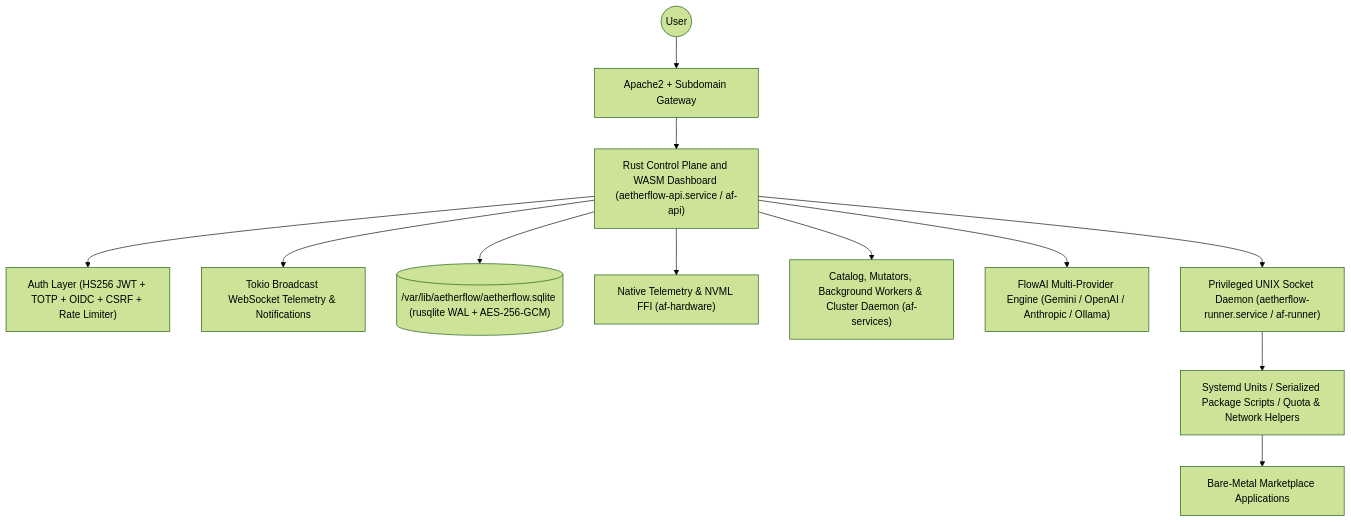
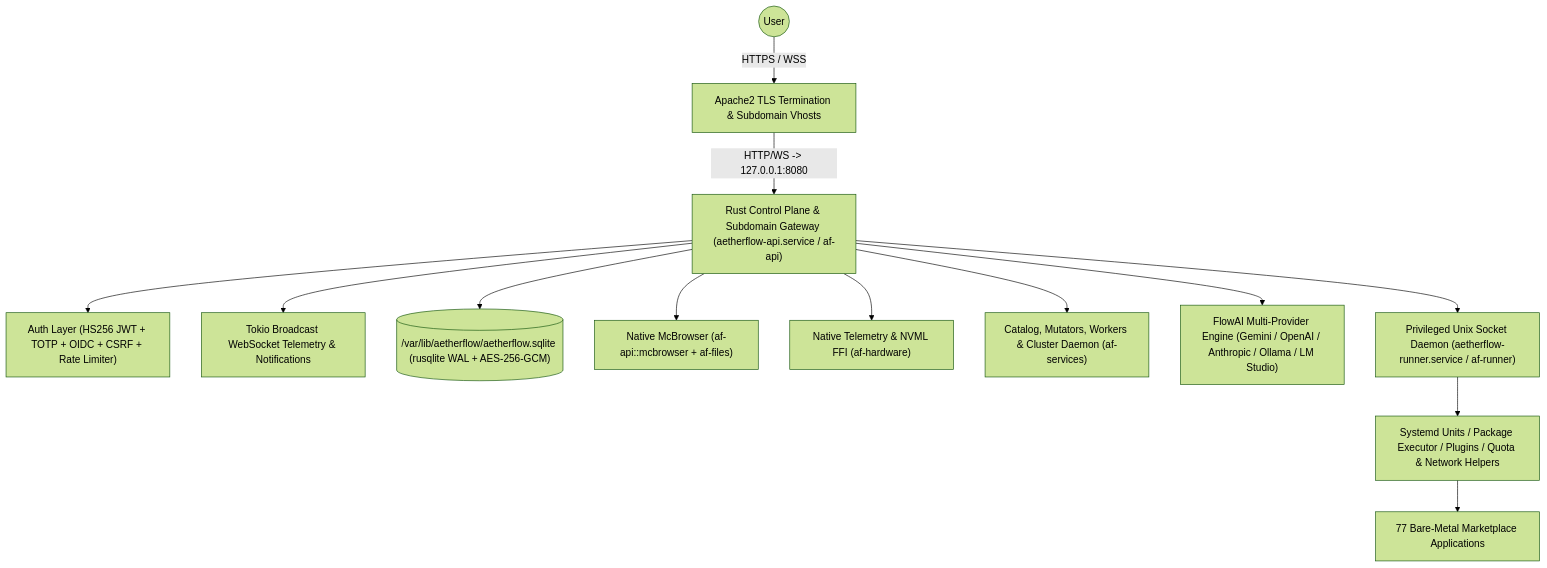
The diagram in docs/architecture.md (McEveritts/AetherFlow), drawn with Mermaid (forest theme) before and after one commit. The commit also changed other lines of this file and 42 other files, not shown here.

````diff
--- a/docs/architecture.md
+++ b/docs/architecture.md
@@ -7,14 +7,15 @@
 ```mermaid
 graph TD
-    User((User)) --> Apache["Apache2 + Subdomain Gateway"]
-    Apache --> API["Rust Control Plane and WASM Dashboard (aetherflow-api.service / af-api)"]
+    User((User)) -->|"HTTPS / WSS"| Apache["Apache2 TLS Termination & Subdomain Vhosts"]
+    Apache -->|"HTTP/WS -> 127.0.0.1:8080"| API["Rust Control Plane & Subdomain Gateway (aetherflow-api.service / af-api)"]
     API --> Auth["Auth Layer (HS256 JWT + TOTP + OIDC + CSRF + Rate Limiter)"]
     API --> WS["Tokio Broadcast WebSocket Telemetry & Notifications"]
     API --> DB[("/var/lib/aetherflow/aetherflow.sqlite (rusqlite WAL + AES-256-GCM)")]
+    API --> McB["Native McBrowser (af-api::mcbrowser + af-files)"]
     API --> HW["Native Telemetry & NVML FFI (af-hardware)"]
-    API --> Services["Catalog, Mutators, Background Workers & Cluster Daemon (af-services)"]
-    API --> AI["FlowAI Multi-Provider Engine (Gemini / OpenAI / Anthropic / Ollama)"]
-    API --> Runner["Privileged UNIX Socket Daemon (aetherflow-runner.service / af-runner)"]
-    Runner --> Sys["Systemd Units / Serialized Package Scripts / Quota & Network Helpers"]
-    Sys --> Apps["Bare-Metal Marketplace Applications"]
+    API --> Services["Catalog, Mutators, Workers & Cluster Daemon (af-services)"]
+    API --> AI["FlowAI Multi-Provider Engine (Gemini / OpenAI / Anthropic / Ollama / LM Studio)"]
+    API --> Runner["Privileged Unix Socket Daemon (aetherflow-runner.service / af-runner)"]
+    Runner --> Sys["Systemd Units / Package Executor / Plugins / Quota & Network Helpers"]
+    Sys --> Apps["77 Bare-Metal Marketplace Applications"]
 ```
````
